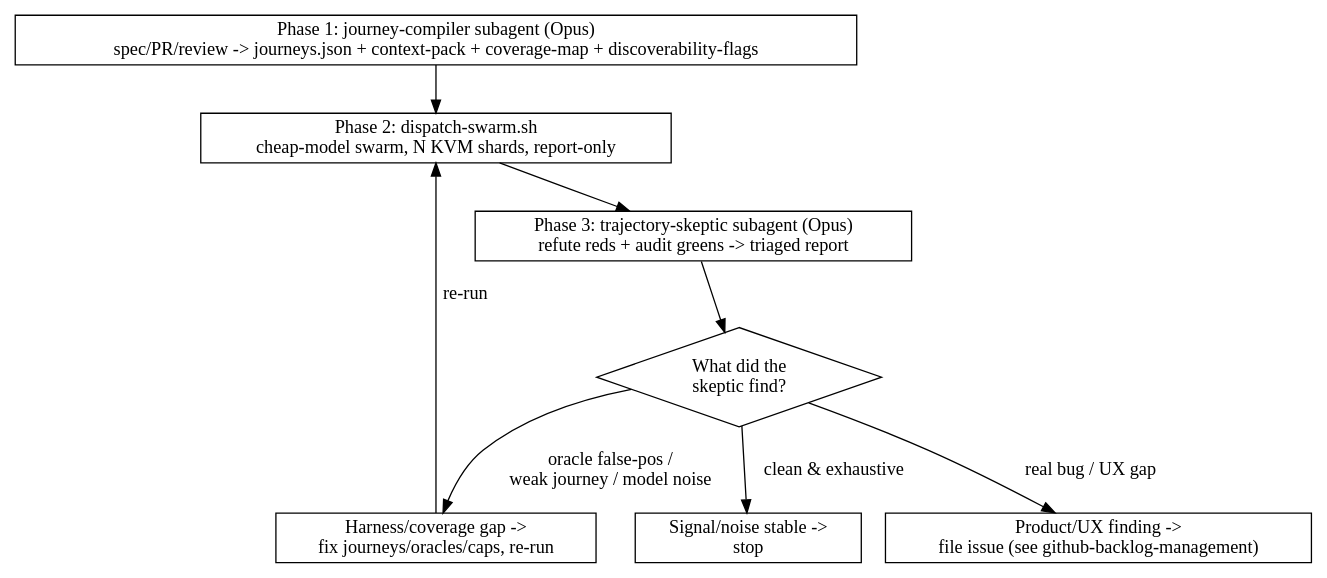
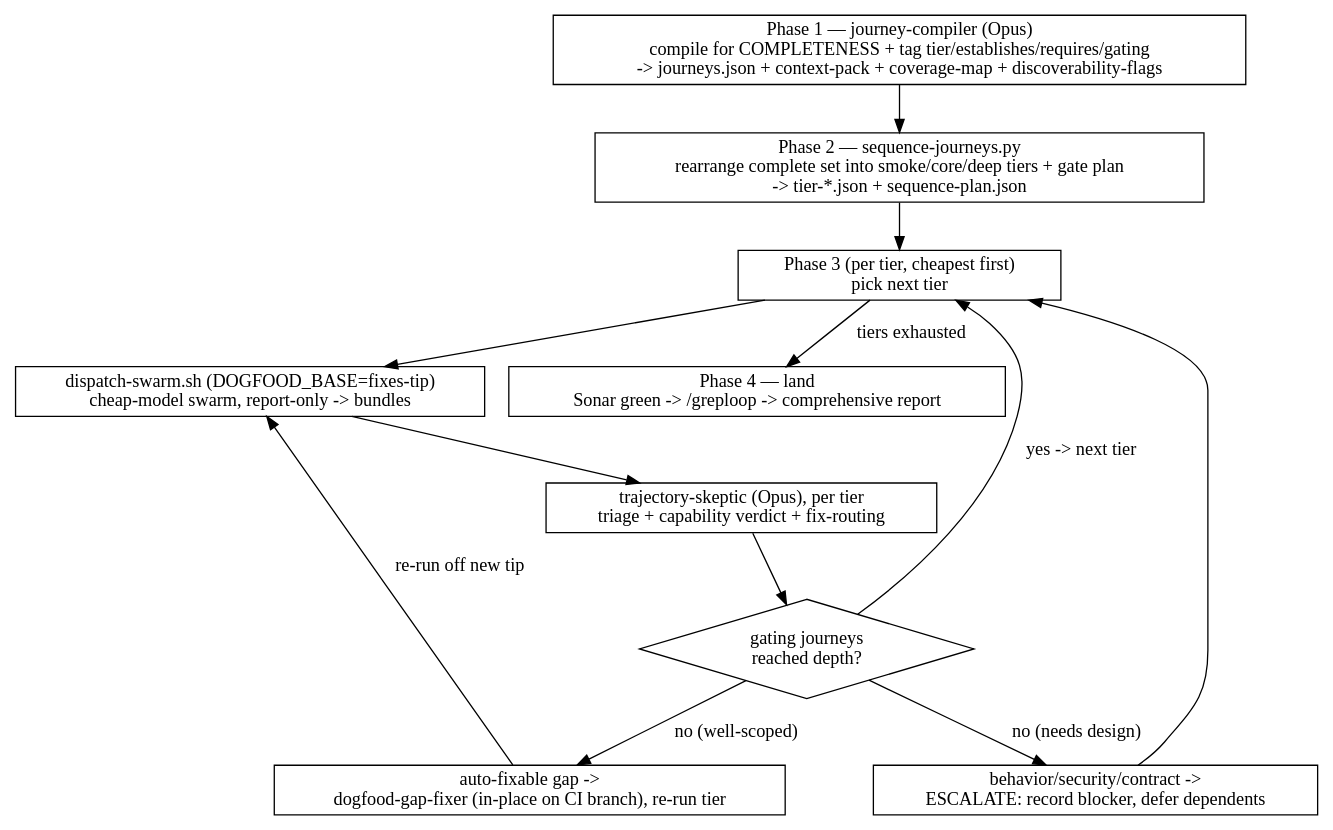
Before and after one commit to Lupus/izba: the diagram in .claude/skills/llm-dogfooding/SKILL.md, drawn with Graphviz. The commit also changed other lines of this file and 7 other files, not shown here.

````diff
--- a/.claude/skills/llm-dogfooding/SKILL.md
+++ b/.claude/skills/llm-dogfooding/SKILL.md
@@ -40,18 +51,22 @@
 ```dot
 digraph dogfood {
   rankdir=TB;
-  compile  [shape=box,label="Phase 1: journey-compiler subagent (Opus)\nspec/PR/review -> journeys.json + context-pack + coverage-map + discoverability-flags"];
-  dispatch [shape=box,label="Phase 2: dispatch-swarm.sh\ncheap-model swarm, N KVM shards, report-only"];
-  skeptic  [shape=box,label="Phase 3: trajectory-skeptic subagent (Opus)\nrefute reds + audit greens -> triaged report"];
-  decide   [shape=diamond,label="What did the\nskeptic find?"];
-  product  [shape=box,label="Product/UX finding ->\nfile issue (see github-backlog-management)"];
-  harness  [shape=box,label="Harness/coverage gap ->\nfix journeys/oracles/caps, re-run"];
-  done     [shape=box,label="Signal/noise stable ->\nstop"];
+  compile  [shape=box,label="Phase 1 — journey-compiler (Opus)\ncompile for COMPLETENESS + tag tier/establishes/requires/gating\n-> journeys.json + context-pack + coverage-map + discoverability-flags"];
+  sequence [shape=box,label="Phase 2 — sequence-journeys.py\nrearrange complete set into smoke/core/deep tiers + gate plan\n-> tier-*.json + sequence-plan.json"];
+  next     [shape=box,label="Phase 3 (per tier, cheapest first)\npick next tier"];
+  dispatch [shape=box,label="dispatch-swarm.sh (DOGFOOD_BASE=fixes-tip)\ncheap-model swarm, report-only -> bundles"];
+  skeptic  [shape=box,label="trajectory-skeptic (Opus), per tier\ntriage + capability verdict + fix-routing"];
+  decide   [shape=diamond,label="gating journeys\nreached depth?"];
+  fix      [shape=box,label="auto-fixable gap ->\ndogfood-gap-fixer (in-place on CI branch), re-run tier"];
+  esc      [shape=box,label="behavior/security/contract ->\nESCALATE: record blocker, defer dependents"];
+  land     [shape=box,label="Phase 4 — land\nSonar green -> /greploop -> comprehensive report"];
 
-  compile -> dispatch -> skeptic -> decide;
-  decide -> product [label="real bug / UX gap"];
-  decide -> harness [label="oracle false-pos /\nweak journey / model noise"];
-  decide -> done    [label="clean & exhaustive"];
-  harness -> dispatch [label="re-run"];
+  compile -> sequence -> next -> dispatch -> skeptic -> decide;
+  decide -> fix [label="no (well-scoped)"];
+  decide -> esc [label="no (needs design)"];
+  fix -> dispatch [label="re-run off new tip"];
+  decide -> next [label="yes -> next tier"];
+  esc -> next;
+  next -> land [label="tiers exhausted"];
 }
 ```
````
